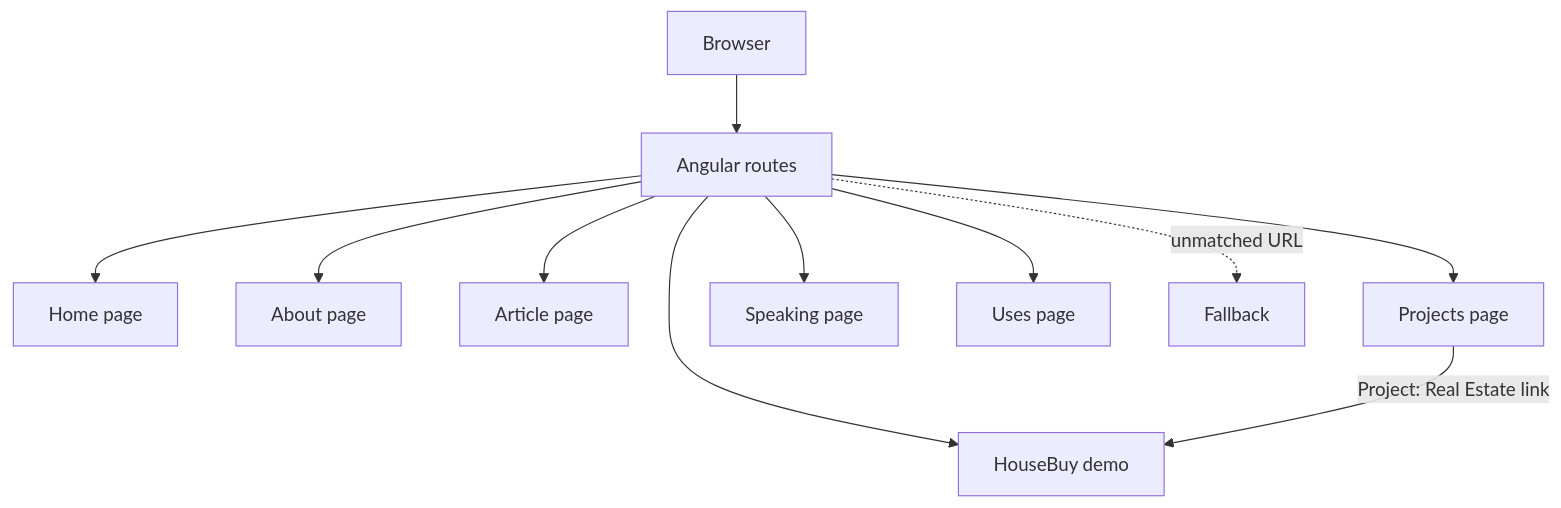
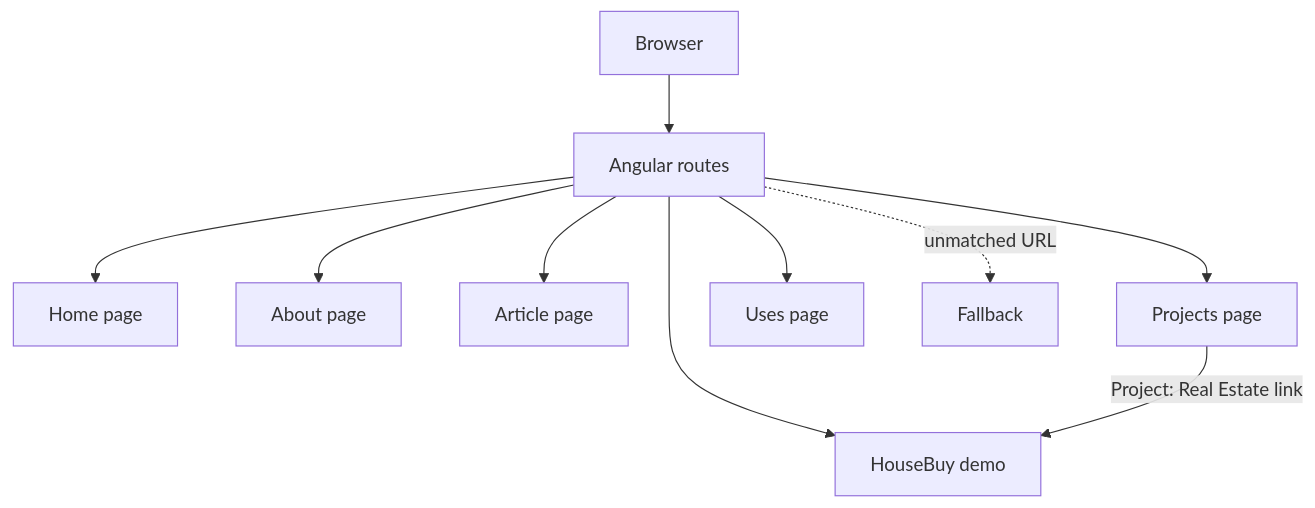
The first of 4 diagrams in README.md (kanokrot/gis-app), drawn with Mermaid before and after one commit. The commit also changed other lines of this file and 8 other files, not shown here.

Commit message:
Remove placeholder Speaking page

````diff
--- a/README.md
+++ b/README.md
@@ -73,13 +72,12 @@
 ```mermaid
 flowchart TD
     Browser[Browser] --> Routes[Angular routes]
     Routes --> Home[Home page]
     Routes --> About[About page]
     Routes --> Article[Article page]
     Routes --> Projects[Projects page]
-    Routes --> Speaking[Speaking page]
     Routes --> Uses[Uses page]
     Routes --> GIS[HouseBuy demo]
     Projects -->|Project: Real Estate link| GIS
     Routes -. unmatched URL .-> Fallback
 ```
````
